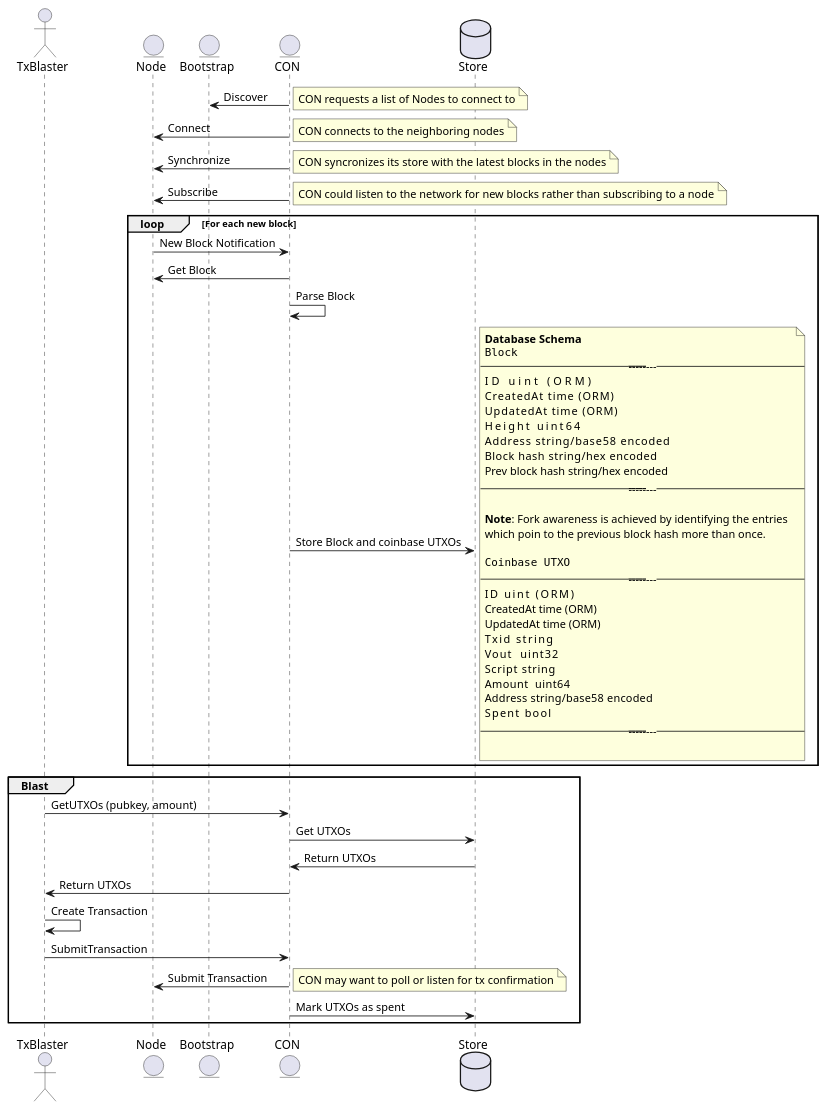
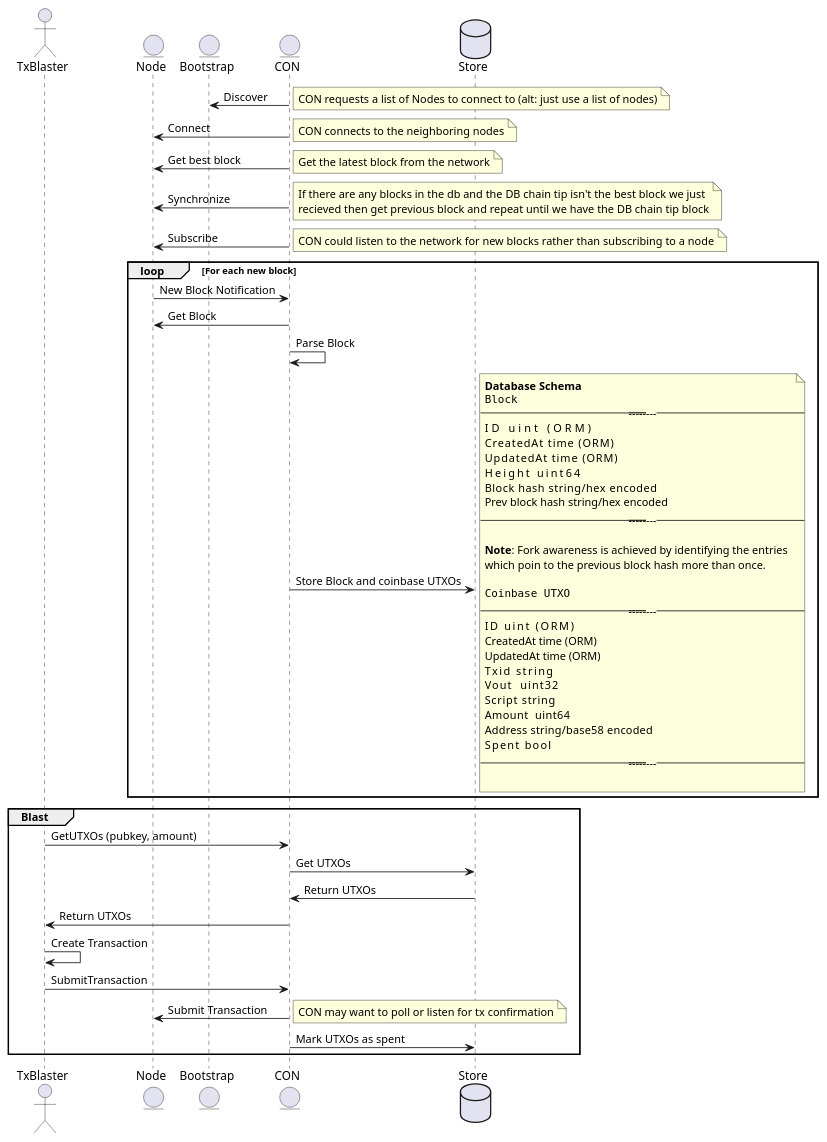
One commit to freemans13/teranode changed the diagram in docs/conSequence.puml. Above: the diagram before and after it, drawn with PlantUML. The commit also changed 4 other files, not shown here.

```diff
--- a/docs/conSequence.puml
+++ b/docs/conSequence.puml
@@ -1,87 +1,90 @@
 @startuml Coinbase Overlay Node Service
 
 actor TxBlaster
 entity Node
 entity Bootstrap
 entity CON
 database Store
 
 CON -> Bootstrap: Discover
 note right
-  CON requests a list of Nodes to connect to
+  CON requests a list of Nodes to connect to (alt: just use a list of nodes)
 end note
 
 CON -> Node: Connect
 note right
   CON connects to the neighboring nodes
 end note
-
+CON -> Node: Get best block
+note right
+  Get the latest block from the network
+end note
 CON -> Node: Synchronize
 note right
-  CON syncronizes its store with the latest blocks in the nodes
+  If there are any blocks in the db and the DB chain tip isn't the best block we just
+  recieved then get previous block and repeat until we have the DB chain tip block
 end note
 
 CON -> Node: Subscribe
 note right
   CON could listen to the network for new blocks rather than subscribing to a node
 end note
 
 loop For each new block
   Node -> CON: New Block Notification
   CON -> Node: Get Block
   CON -> CON: Parse Block
   CON -> Store: Store Block and coinbase UTXOs
 note right
   <b>Database Schema</b>
   <code>
   Block
   --------------------------------
   ID              uint (ORM)
   CreatedAt       time (ORM)
   UpdatedAt       time (ORM)
   Height          uint64
-  Address         string/base58 encoded
   Block hash      string/hex encoded
   Prev block hash string/hex encoded
   --------------------------------
 
   <b>Note</b>: Fork awareness is achieved by identifying the entries
   which poin to the previous block hash more than once.
 
   <code>
   Coinbase UTXO
   --------------------------------
   ID        uint (ORM)
   CreatedAt time (ORM)
   UpdatedAt time (ORM)
   Txid      string
   Vout      uint32
   Script    string
   Amount    uint64
   Address   string/base58 encoded
   Spent     bool
   --------------------------------
 
 end note
 end
 
 group Blast
 TxBlaster -> CON: GetUTXOs (pubkey, amount)
 CON -> Store: Get UTXOs
 Store -> CON: Return UTXOs
 CON -> TxBlaster: Return UTXOs
 
 TxBlaster -> TxBlaster: Create Transaction
 
 TxBlaster -> CON: SubmitTransaction
 CON -> Node: Submit Transaction
 note right
   CON may want to poll or listen for tx confirmation
 end note
 CON -> Store: Mark UTXOs as spent
 end
 
 
 
 
 @enduml
```
